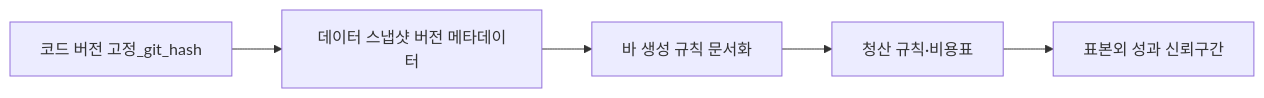
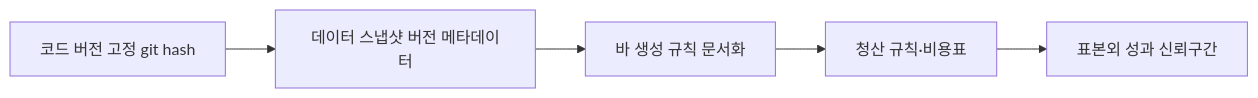
One commit to goldanghenry/Finances changed the second of 2 diagrams in 08-advanced/technical-analysis-critical.md. Above: the diagram before and after it, drawn with Mermaid. The commit also changed other lines of this file and 211 other files, not shown here.

````diff
--- a/08-advanced/technical-analysis-critical.md
+++ b/08-advanced/technical-analysis-critical.md
@@ -288,7 +315,7 @@
 ```mermaid
 flowchart LR
-  A[코드 버전 고정_git_hash] --> B[데이터 스냅샷 버전 메타데이터]
+  A["코드 버전 고정 git hash"] --> B[데이터 스냅샷 버전 메타데이터]
   B --> C[바 생성 규칙 문서화]
   C --> D[청산 규칙·비용표]
   D --> E[표본외 성과 신뢰구간]
 ```
````
